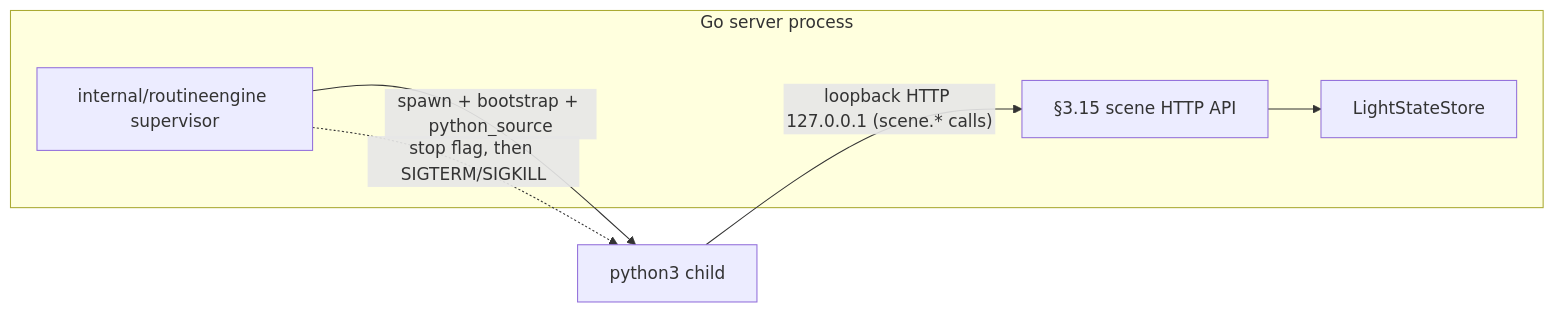
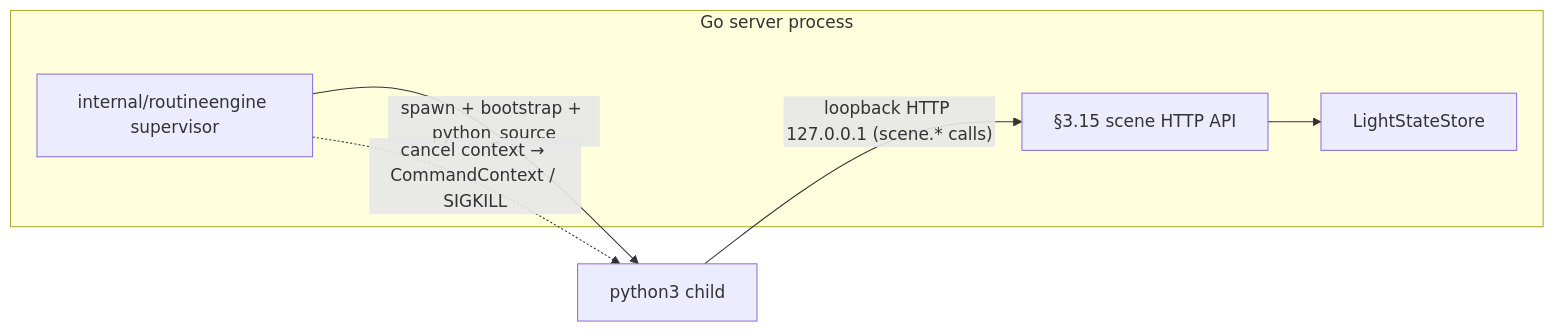
The first of 4 diagrams in docs/design/backend-lights-and-automation.md (mudged/dlm), drawn with Mermaid before and after one commit. The commit also changed other lines of this file and 28 other files, not shown here.

````diff
--- a/docs/design/backend-lights-and-automation.md
+++ b/docs/design/backend-lights-and-automation.md
@@ -257,12 +257,12 @@
 ```mermaid
 flowchart LR
   subgraph go["Go server process"]
     RE[internal/routineengine supervisor]
     API[§3.15 scene HTTP API]
     LS[LightStateStore]
     API --> LS
   end
   RE -->|spawn + bootstrap + python_source| PY["python3 child"]
   PY -->|"loopback HTTP 127.0.0.1 (scene.* calls)"| API
-  RE -.->|"stop flag, then SIGTERM/SIGKILL"| PY
+  RE -.->|"cancel context → CommandContext / SIGKILL"| PY
 ```
````
